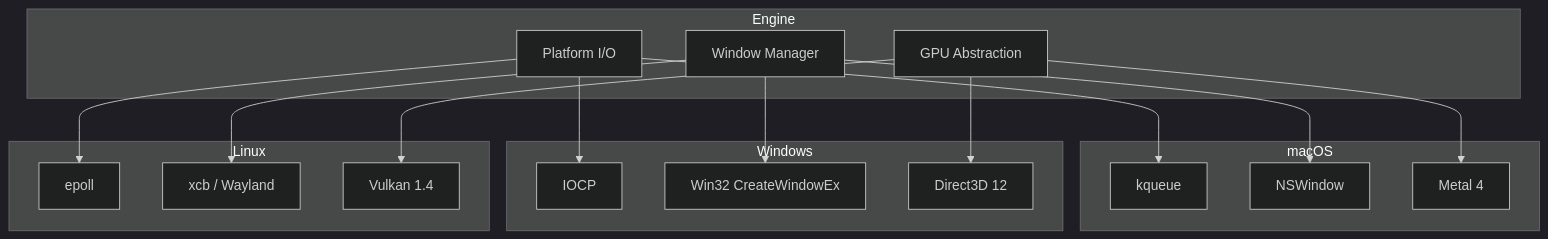
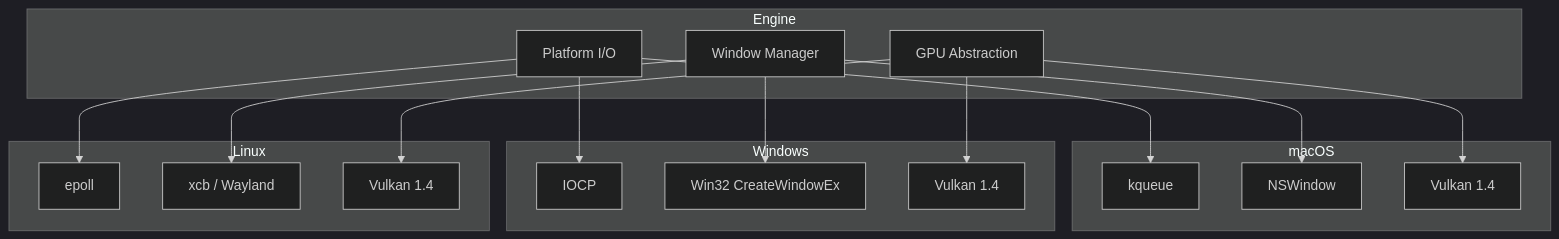
Diagram 16 of 16 in docs/architecture.md (harmonius-dev/harmonius), drawn with Mermaid (dark theme) before and after one commit. The commit also changed other lines of this file and 128 other files, not shown here.

````diff
--- a/docs/architecture.md
+++ b/docs/architecture.md
@@ -1487,30 +1487,30 @@
 ```mermaid
 graph TB
     subgraph "Engine"
         PIO[Platform I/O]
         WINDOW[Window Manager]
         GPUHAL[GPU Abstraction]
     end
 
     subgraph "macOS"
         KQUEUE[kqueue]
         NSWIN[NSWindow]
-        METAL[Metal 4]
+        VKM[Vulkan 1.4]
     end
 
     subgraph "Windows"
         WIOCP[IOCP]
         WIN32[Win32 CreateWindowEx]
-        D3D12[Direct3D 12]
+        VKW[Vulkan 1.4]
     end
 
     subgraph "Linux"
         EPOLL[epoll]
         XCB[xcb / Wayland]
-        VK[Vulkan 1.4]
+        VKL[Vulkan 1.4]
     end
 
     PIO --> KQUEUE & WIOCP & EPOLL
     WINDOW --> NSWIN & WIN32 & XCB
-    GPUHAL --> METAL & D3D12 & VK
+    GPUHAL --> VKM & VKW & VKL
 ```
````
